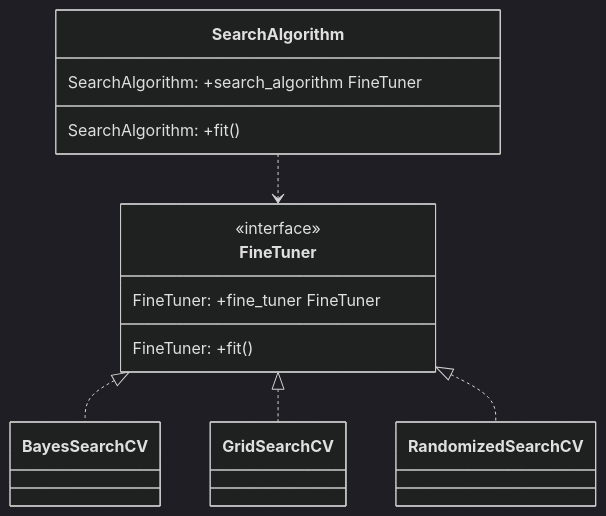
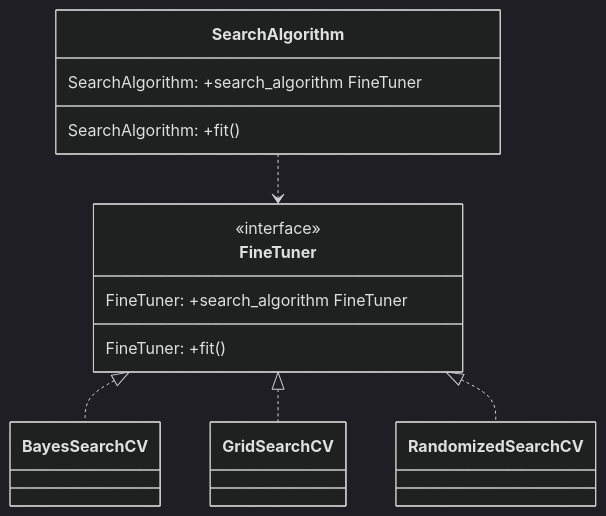
Before and after one commit to UribeAlejandro/DesignPatterns-MLFlow-for-ExperimentTracking: the third of 4 diagrams in README.md, drawn with Mermaid (dark theme).

Commit message:
fine_tuner to search_algorithm in README

````diff
--- a/README.md
+++ b/README.md
@@ -95,18 +95,18 @@
 ```mermaid
 classDiagram-v2
     class SearchAlgorithm{
         SearchAlgorithm: +search_algorithm FineTuner
         SearchAlgorithm: +fit()
       }
 
     SearchAlgorithm ..> FineTuner
 
     class FineTuner{
         <<interface>>
-        FineTuner: +fine_tuner FineTuner
+        FineTuner: +search_algorithm FineTuner
         FineTuner: +fit()
       }
       FineTuner <|.. BayesSearchCV
       FineTuner <|.. GridSearchCV
       FineTuner <|.. RandomizedSearchCV
 ```
````
